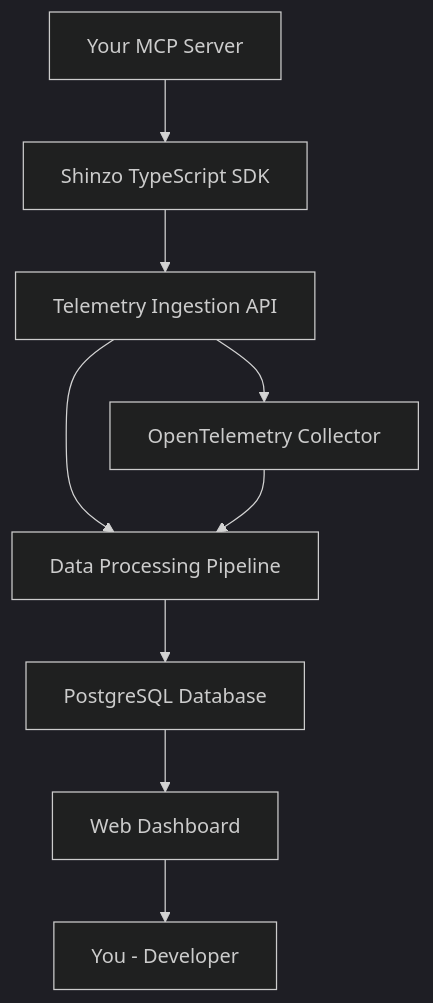
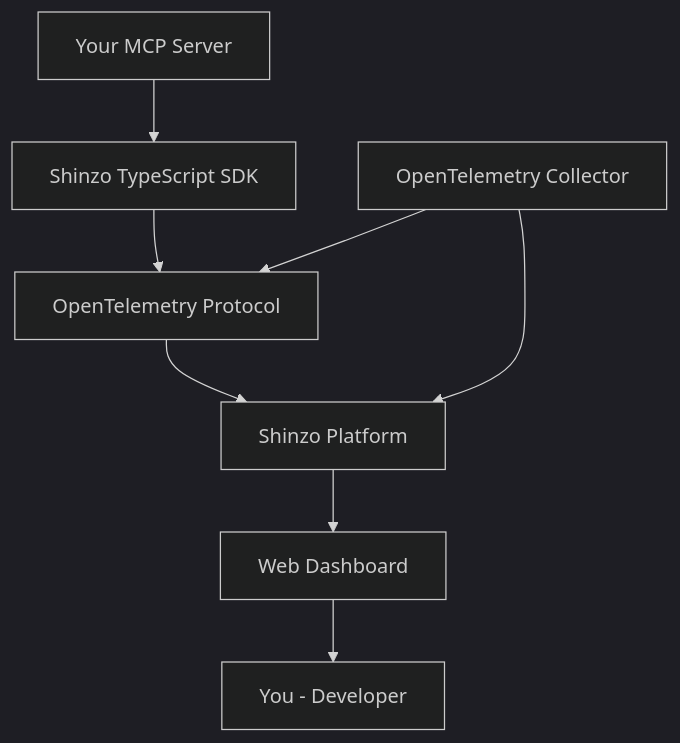
The diagram in platform/overview.mdx (shinzo-labs/docs), drawn with Mermaid (dark theme) before and after one commit. The commit also changed other lines of this file and 13 other files, not shown here.

````diff
--- a/platform/overview.mdx
+++ b/platform/overview.mdx
@@ -44,12 +44,11 @@
 ```mermaid
 graph TB
     A[Your MCP Server] --> B[Shinzo TypeScript SDK]
-    B --> C[Telemetry Ingestion API]
-    C --> D[Data Processing Pipeline]
-    D --> E[PostgreSQL Database]
-    E --> F[Web Dashboard]
-    F --> G[You - Developer]
+    B --> C[OpenTelemetry Protocol]
+    C --> D[Shinzo Platform]
+    D --> E[Web Dashboard]
+    E --> F[You - Developer]
 
-    C --> H[OpenTelemetry Collector]
-    H --> D
+    G[OpenTelemetry Collector] --> C
+    G --> D
 ```
````
